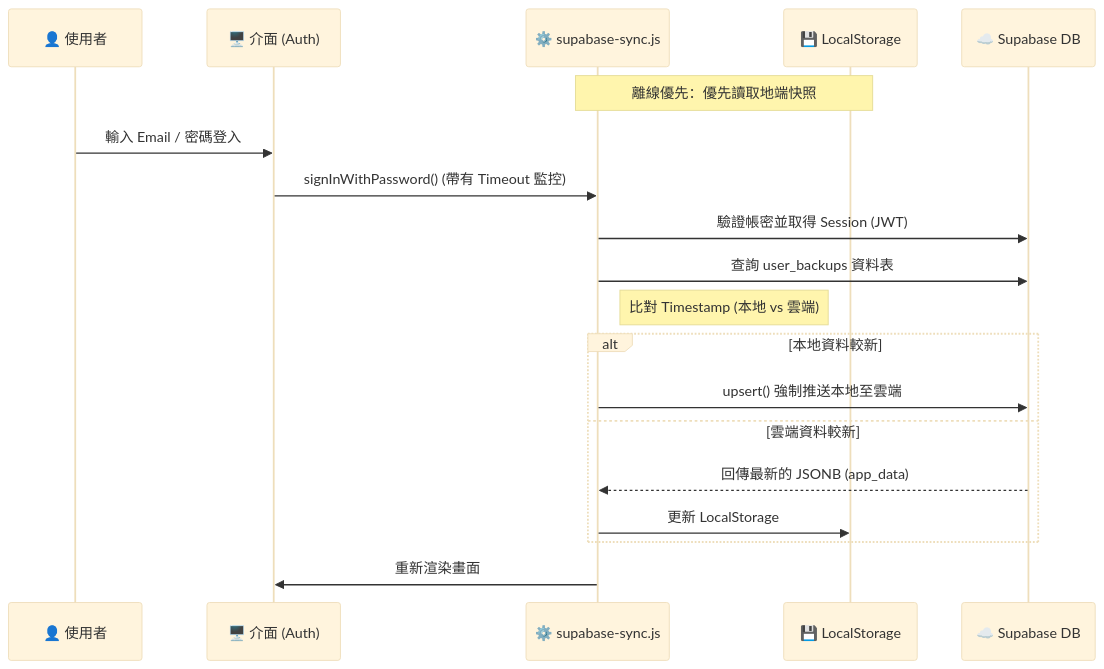
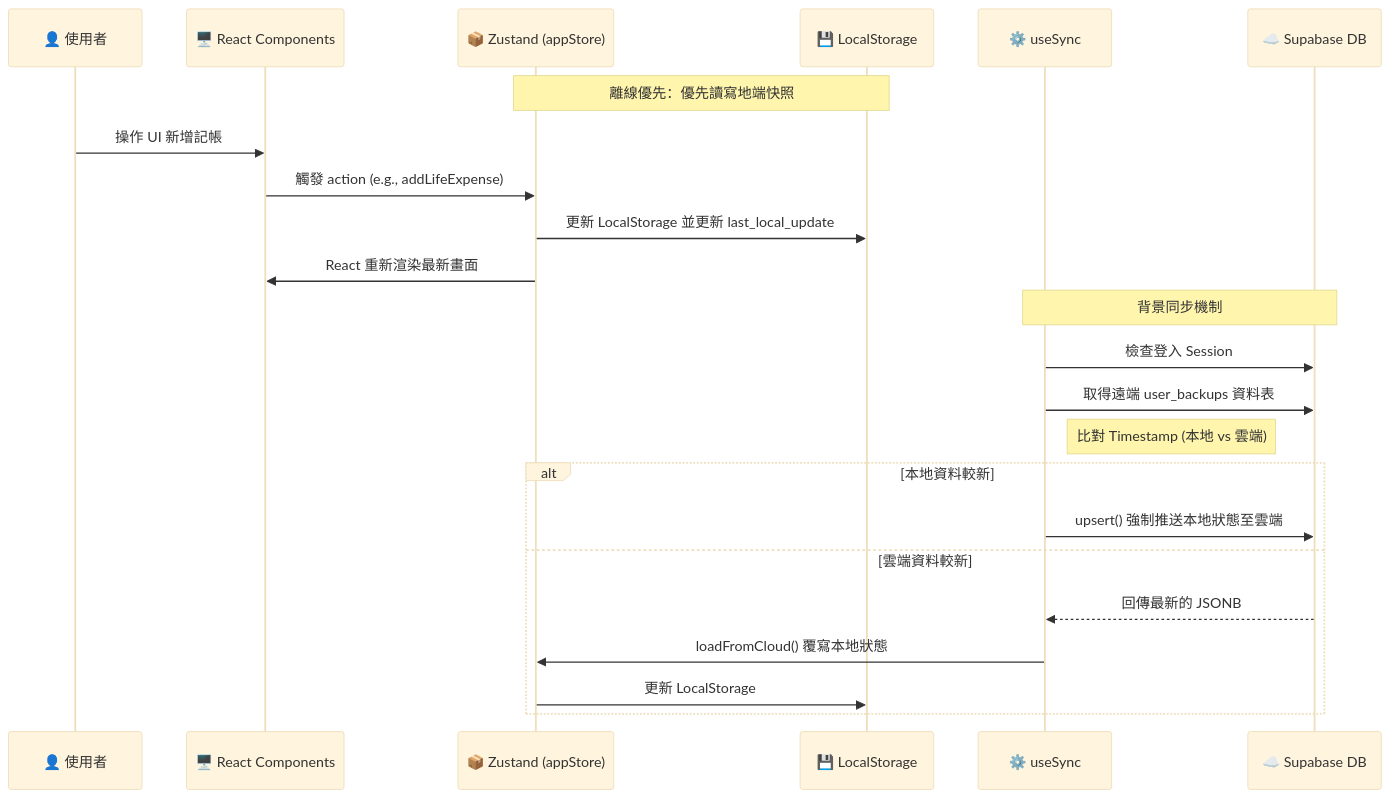
Before and after one commit to c14712369/SubItemManager: the second of 2 diagrams in system_documentation.md, drawn with Mermaid (base theme). The commit also changed other lines of this file and 15 other files, not shown here.

````diff
--- a/system_documentation.md
+++ b/system_documentation.md
@@ -79,22 +67,27 @@
 ```mermaid
 sequenceDiagram
     participant User as 👤 使用者
-    participant UI as 🖥️ 介面 (Auth)
-    participant JS as ⚙️ supabase-sync.js
+    participant UI as 🖥️ React Components
+    participant Store as 📦 Zustand (appStore)
     participant LS as 💾 LocalStorage
+    participant Hook as ⚙️ useSync
     participant DB as ☁️ Supabase DB
 
-    Note over JS, LS: 離線優先：優先讀取地端快照
-    User->>UI: 輸入 Email / 密碼登入
-    UI->>JS: signInWithPassword() (帶有 Timeout 監控)
-    JS->>DB: 驗證帳密並取得 Session (JWT)
-    JS->>DB: 查詢 user_backups 資料表
-    Note right of JS: 比對 Timestamp (本地 vs 雲端)
+    Note over Store, LS: 離線優先：優先讀寫地端快照
+    User->>UI: 操作 UI 新增記帳
+    UI->>Store: 觸發 action (e.g., addLifeExpense)
+    Store->>LS: 更新 LocalStorage 並更新 last_local_update
+    Store->>UI: React 重新渲染最新畫面
+
+    Note over Hook, DB: 背景同步機制
+    Hook->>DB: 檢查登入 Session
+    Hook->>DB: 取得遠端 user_backups 資料表
+    Note right of Hook: 比對 Timestamp (本地 vs 雲端)
     alt 本地資料較新
-        JS->>DB: upsert() 強制推送本地至雲端
+        Hook->>DB: upsert() 強制推送本地狀態至雲端
     else 雲端資料較新
-        DB-->>JS: 回傳最新的 JSONB (app_data)
-        JS->>LS: 更新 LocalStorage
+        DB-->>Hook: 回傳最新的 JSONB
+        Hook->>Store: loadFromCloud() 覆寫本地狀態
+        Store->>LS: 更新 LocalStorage
     end
-    JS->>UI: 重新渲染畫面
 ```
````
